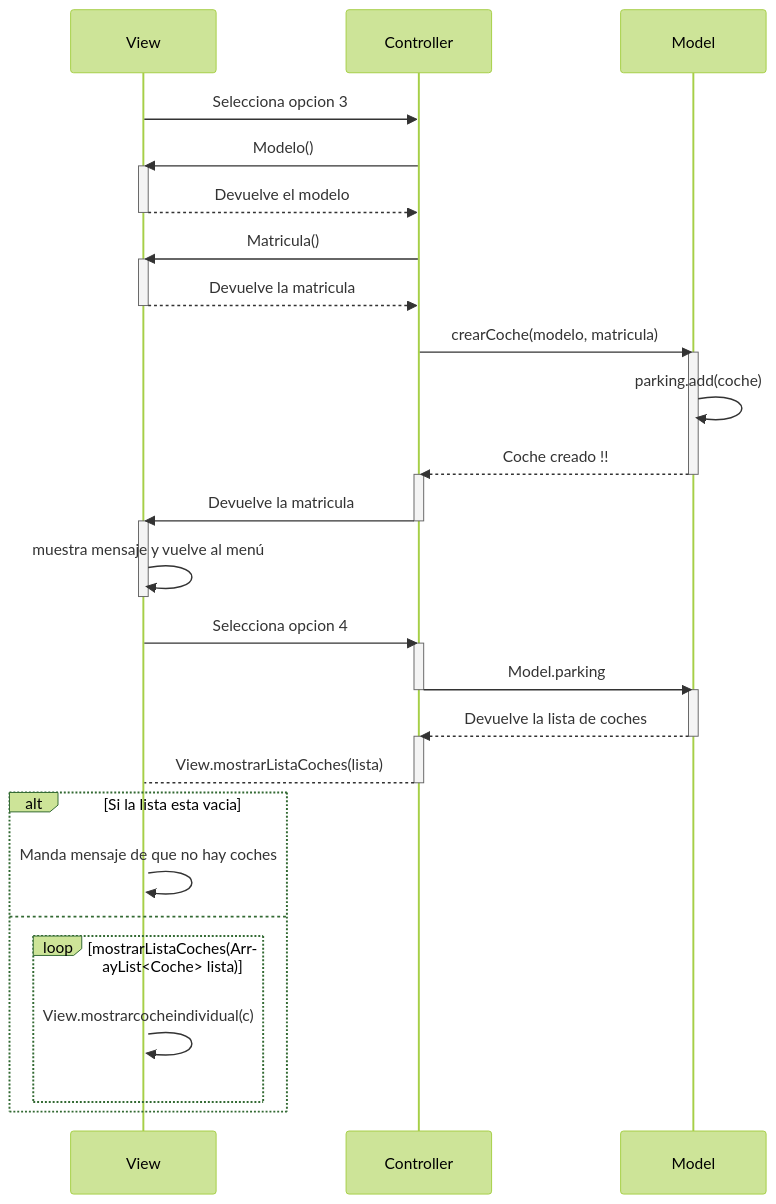
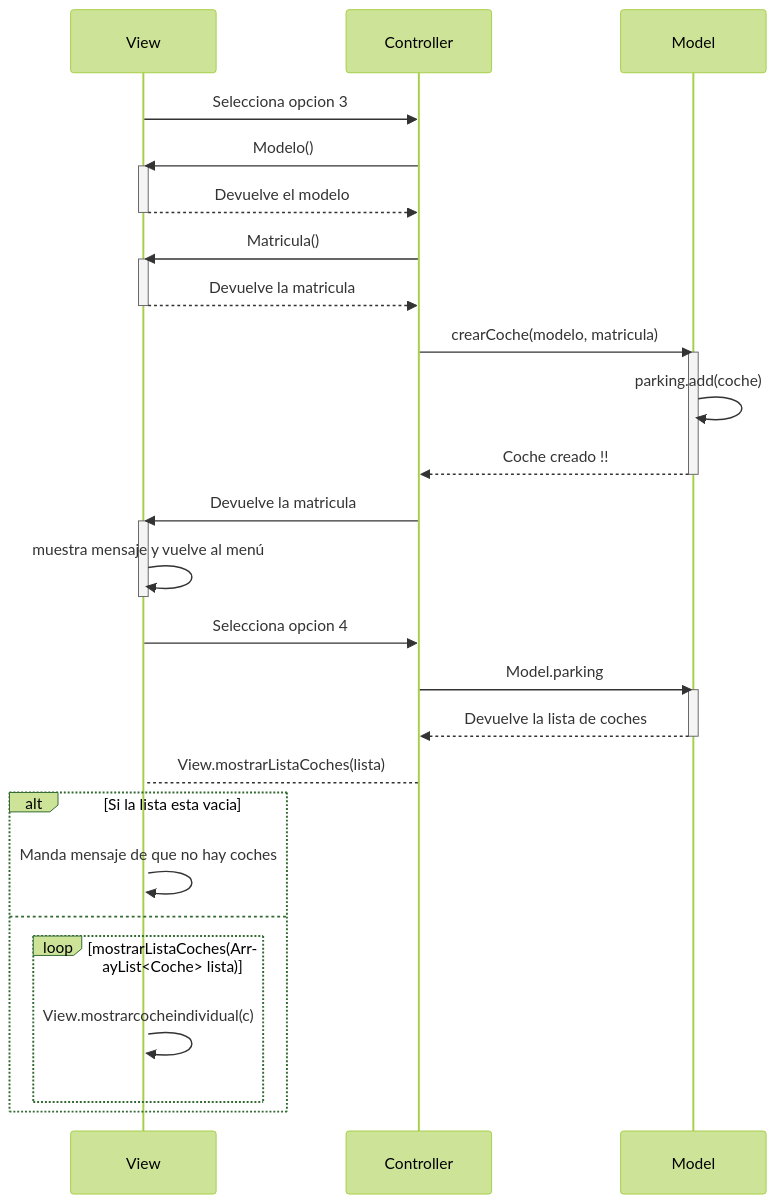
Before and after one commit to shermidagre/COD: the second of 2 diagrams in Readme.md, drawn with Mermaid (forest theme).

Commit message:
Arreglao en la duracion de las peticiones

````diff
--- a/Readme.md
+++ b/Readme.md
@@ -37,51 +37,46 @@
 ```mermaid
 sequenceDiagram
 participant View
 participant Controller
 participant Model
 
     View->>Controller: Selecciona opcion 3
     Controller->>View: Modelo()
     activate View
     View-->>Controller: Devuelve el modelo
     deactivate View
     
     Controller->>View: Matricula()
     activate View
     View-->>Controller: Devuelve la matricula
     deactivate View
     
     Controller->>Model: crearCoche(modelo, matricula)
     activate Model
     Model->>Model: parking.add(coche)
     Model-->>Controller: Coche creado !!
     deactivate Model
-    activate Controller
+    
     Controller->>View: Devuelve la matricula
-    deactivate Controller
     activate View
     View->>View: muestra mensaje y vuelve al menú
     deactivate View
     
     View->>Controller: Selecciona opcion 4
-    activate Controller
     Controller->>Model: Model.parking
-    deactivate Controller
     activate Model
     Model-->>Controller: Devuelve la lista de coches
     deactivate Model
-    activate Controller
     Controller-->View: View.mostrarListaCoches(lista)
-    deactivate Controller
     activate View
     alt Si la lista esta vacia
     View->>View: Manda mensaje de que no hay coches
     else 
         loop mostrarListaCoches(ArrayList<Coche> lista) 
             View->>View: View.mostrarcocheindividual(c)
         end
         end
     
     
     
 ```
````
